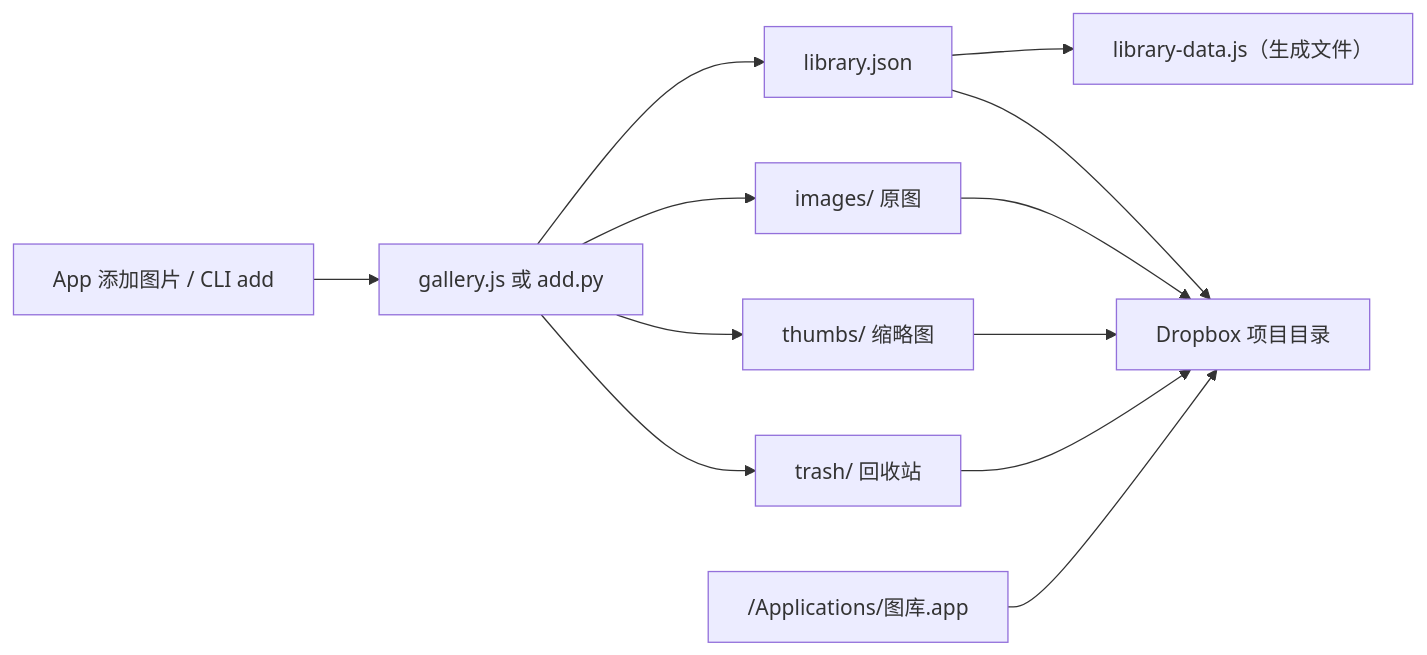
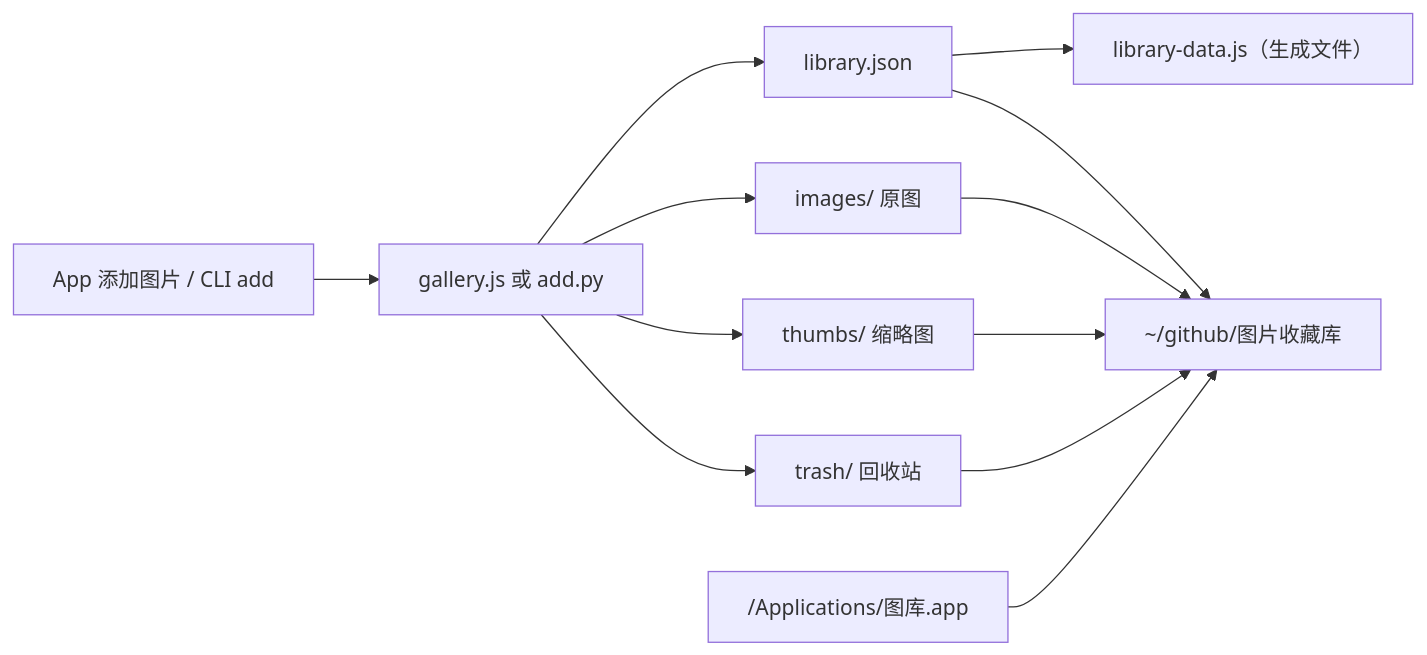
Before and after one commit to jerrykimo/tuku: the diagram in docs/ARCHITECTURE.md, drawn with Mermaid. The commit also changed other lines of this file and 11 other files, not shown here.

First line of the commit message:
修复打包版图库找不到图片，升 0.4.4

````diff
--- a/docs/ARCHITECTURE.md
+++ b/docs/ARCHITECTURE.md
@@ -7,14 +7,14 @@
 ```mermaid
 flowchart LR
   A["App 添加图片 / CLI add"] --> B["gallery.js 或 add.py"]
   B --> C["library.json"]
   C --> D["library-data.js（生成文件）"]
   B --> E["images/ 原图"]
   B --> F["thumbs/ 缩略图"]
   B --> G["trash/ 回收站"]
-  H["/Applications/图库.app"] --> I["Dropbox 项目目录"]
+  H["/Applications/图库.app"] --> I["~/github/图片收藏库"]
   C --> I
   E --> I
   F --> I
   G --> I
 ```
````
